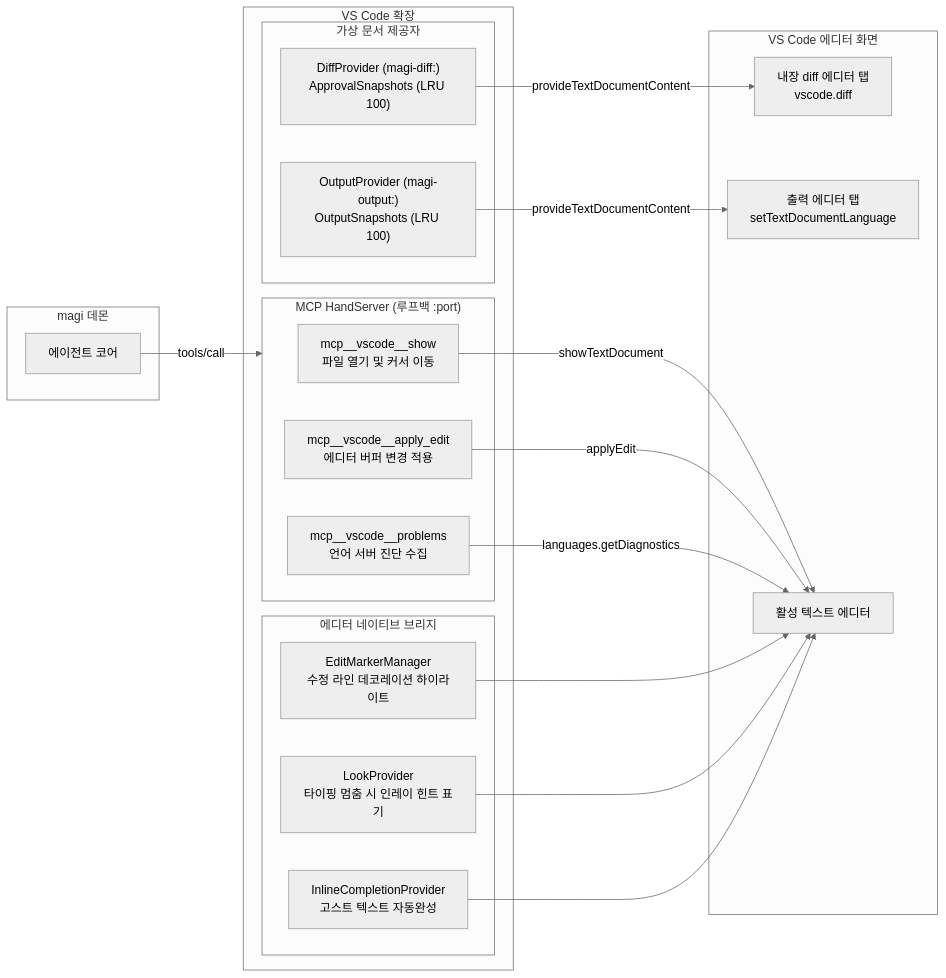
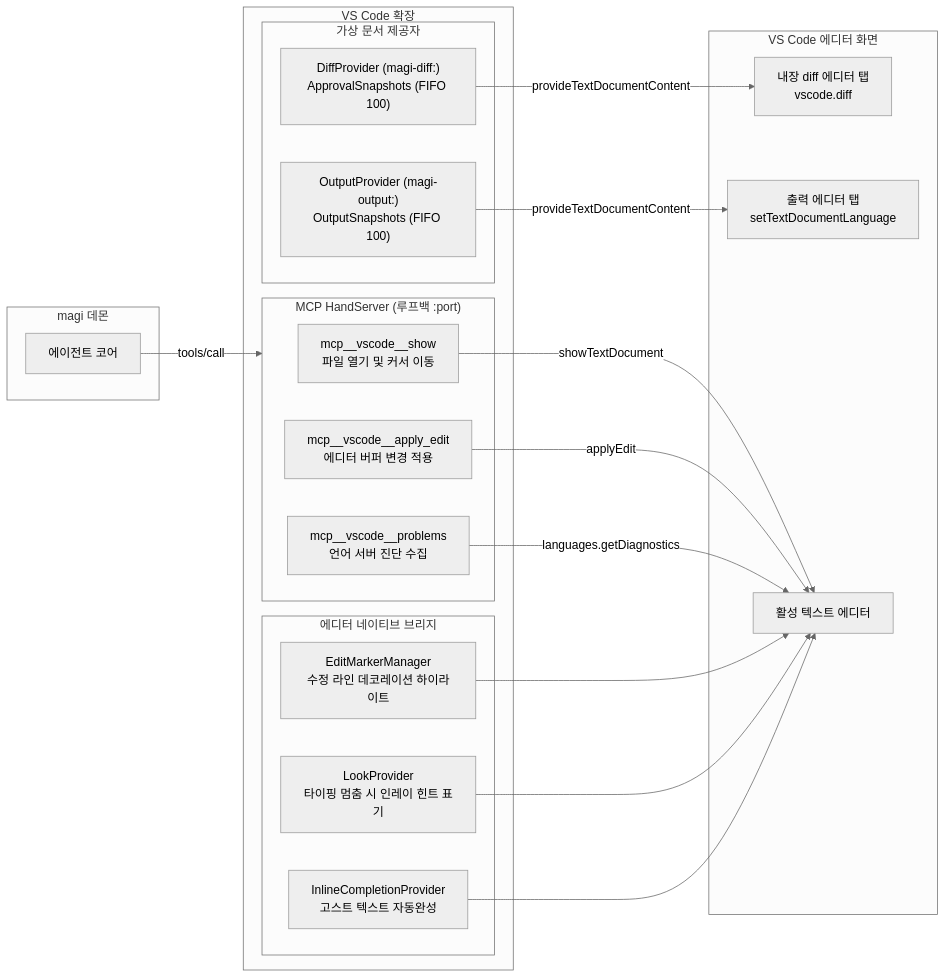
The seventh of 7 diagrams in clients/vscode/docs/DIAGRAMS.ko.md (sayaya1090/magi), drawn with Mermaid (neutral theme) before and after one commit. The commit also changed 8 other files, not shown here.

````diff
--- a/clients/vscode/docs/DIAGRAMS.ko.md
+++ b/clients/vscode/docs/DIAGRAMS.ko.md
@@ -392,43 +392,43 @@
 ```mermaid
 flowchart LR
   subgraph Daemon["magi 데몬"]
     agent["에이전트 코어"]
   end
 
   subgraph Ext["VS Code 확장"]
     subgraph VirtDocs["가상 문서 제공자"]
-      pDiff["DiffProvider (magi-diff:)<br/>ApprovalSnapshots (LRU 100)"]
-      pOut["OutputProvider (magi-output:)<br/>OutputSnapshots (LRU 100)"]
+      pDiff["DiffProvider (magi-diff:)<br/>ApprovalSnapshots (FIFO 100)"]
+      pOut["OutputProvider (magi-output:)<br/>OutputSnapshots (FIFO 100)"]
     end
 
     subgraph NativeBridges["에디터 네이티브 브리지"]
       edits["EditMarkerManager<br/>수정 라인 데코레이션 하이라이트"]
       look["LookProvider<br/>타이핑 멈춤 시 인레이 힌트 표기"]
       comp["InlineCompletionProvider<br/>고스트 텍스트 자동완성"]
     end
 
     subgraph MCPServer["MCP HandServer (루프백 :port)"]
       mcpShow["mcp__vscode__show<br/>파일 열기 및 커서 이동"]
       mcpEdit["mcp__vscode__apply_edit<br/>에디터 버퍼 변경 적용"]
       mcpProb["mcp__vscode__problems<br/>언어 서버 진단 수집"]
     end
   end
 
   subgraph Surfaces["VS Code 에디터 화면"]
     diffTab["내장 diff 에디터 탭<br/>vscode.diff"]
     outTab["출력 에디터 탭<br/>setTextDocumentLanguage"]
     activeEditor["활성 텍스트 에디터"]
   end
 
   agent -->|"tools/call"| MCPServer
   mcpShow -->|"showTextDocument"| activeEditor
   mcpEdit -->|"applyEdit"| activeEditor
   mcpProb -->|"languages.getDiagnostics"| activeEditor
 
   pDiff -->|"provideTextDocumentContent"| diffTab
   pOut -->|"provideTextDocumentContent"| outTab
 
   edits --> activeEditor
   look --> activeEditor
   comp --> activeEditor
 ```
````
